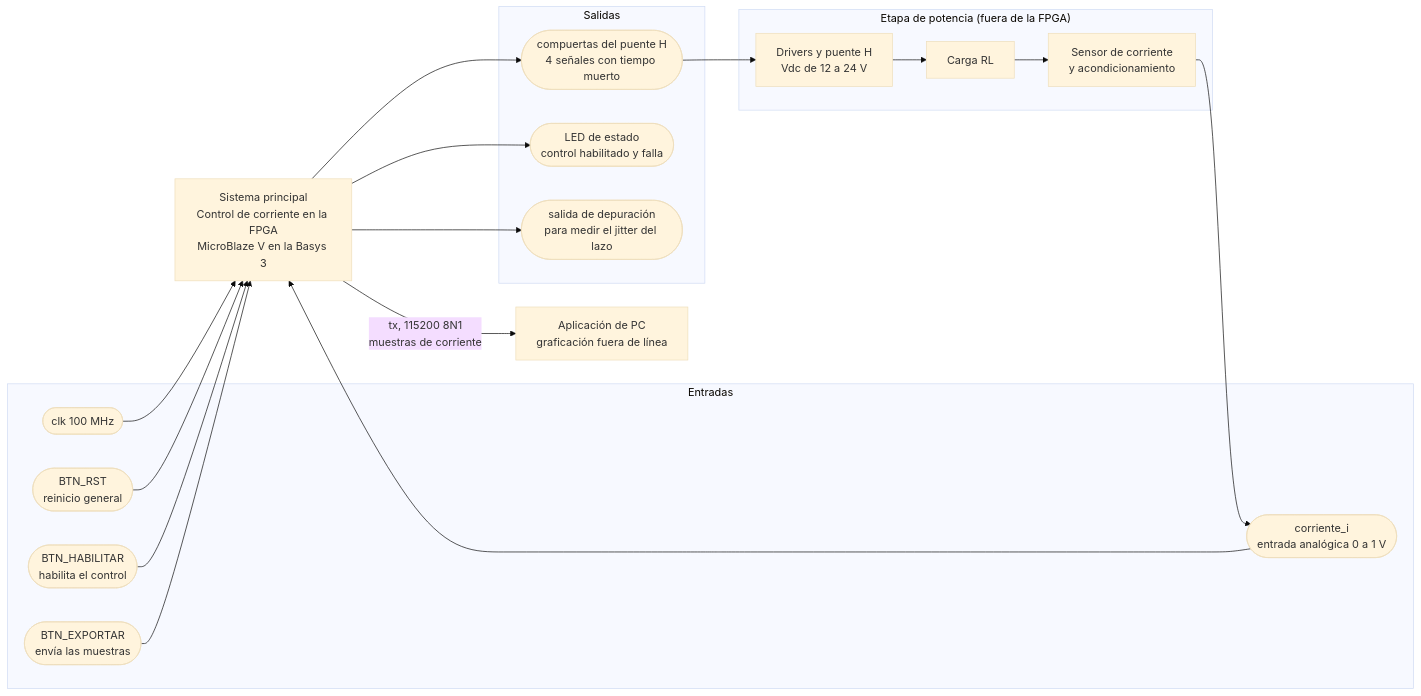
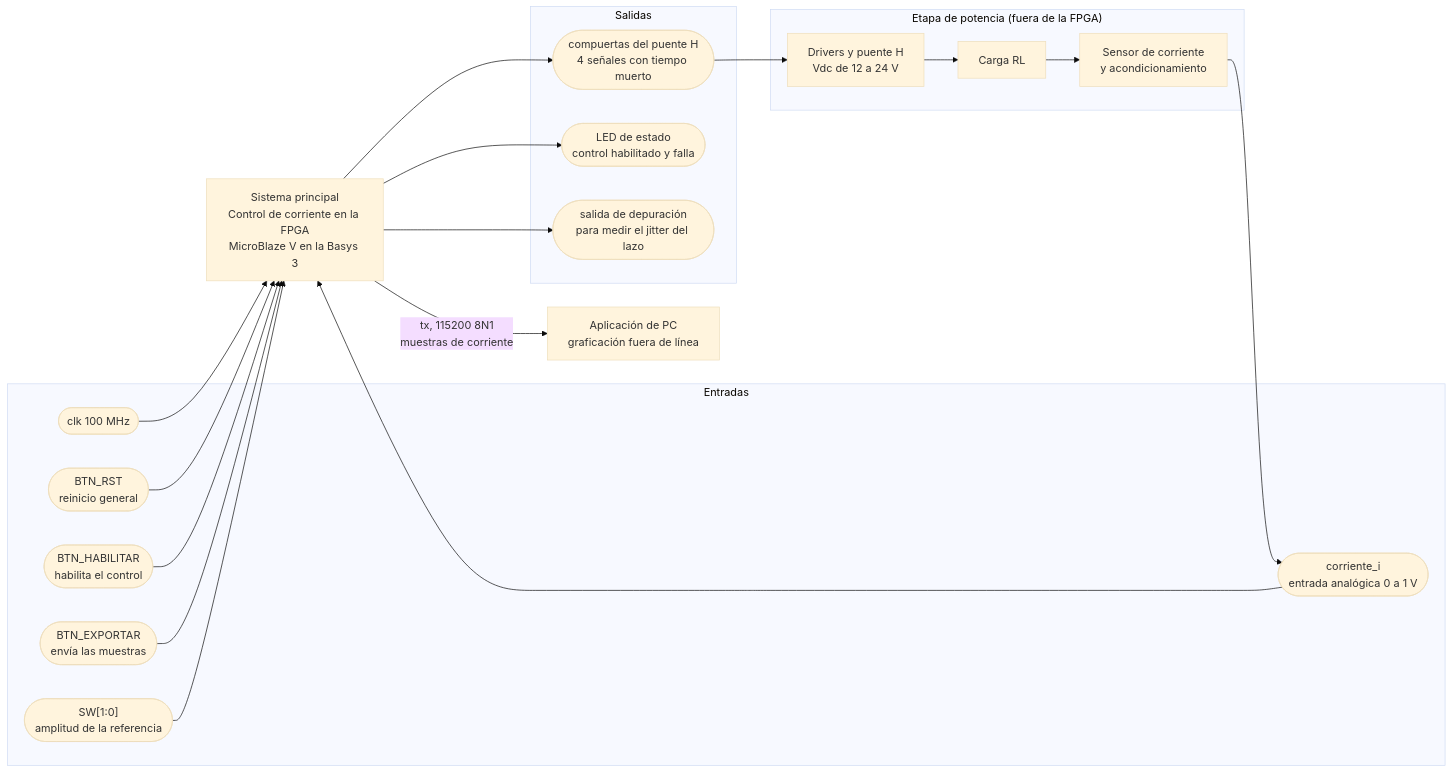
Before and after one commit to Taller-de-diseno-digital-GR01/Proyecto-4-Regulador-PR: the diagram in docs/diseño/diagramas/nivel01.md, drawn with Mermaid (base theme). The commit also changed other lines of this file and 1 other file, not shown here.

Commit message:
SW[1:0] en las entradas de los niveles 1 y 2

````diff
--- a/docs/diseño/diagramas/nivel01.md
+++ b/docs/diseño/diagramas/nivel01.md
@@ -5,40 +5,42 @@
 ```mermaid
 flowchart LR
     subgraph Entradas
         CLK(["clk 100 MHz"])
         RST(["BTN_RST<br/>reinicio general"])
         HAB(["BTN_HABILITAR<br/>habilita el control"])
         EXP(["BTN_EXPORTAR<br/>envía las muestras"])
+        SWI(["SW[1:0]<br/>amplitud de la referencia"])
         ADC(["corriente_i<br/>entrada analógica 0 a 1 V"])
     end
 
     SYS["Sistema principal<br/>Control de corriente en la FPGA<br/>MicroBlaze V en la Basys 3"]
     PC["Aplicación de PC<br/>graficación fuera de línea"]
 
     subgraph Salidas
         GATE(["compuertas del puente H<br/>4 señales con tiempo muerto"])
         LED(["LED de estado<br/>control habilitado y falla"])
         DBG(["salida de depuración<br/>para medir el jitter del lazo"])
     end
 
     subgraph Potencia["Etapa de potencia (fuera de la FPGA)"]
         PH["Drivers y puente H<br/>Vdc de 12 a 24 V"]
         RL["Carga RL"]
         SEN["Sensor de corriente<br/>y acondicionamiento"]
     end
 
     CLK --> SYS
     RST --> SYS
     HAB --> SYS
     EXP --> SYS
+    SWI --> SYS
     ADC --> SYS
     SYS -->|"tx, 115200 8N1<br/>muestras de corriente"| PC
     SYS --> GATE
     SYS --> LED
     SYS --> DBG
 
     GATE --> PH
     PH --> RL
     RL --> SEN
     SEN --> ADC
 ```
````
